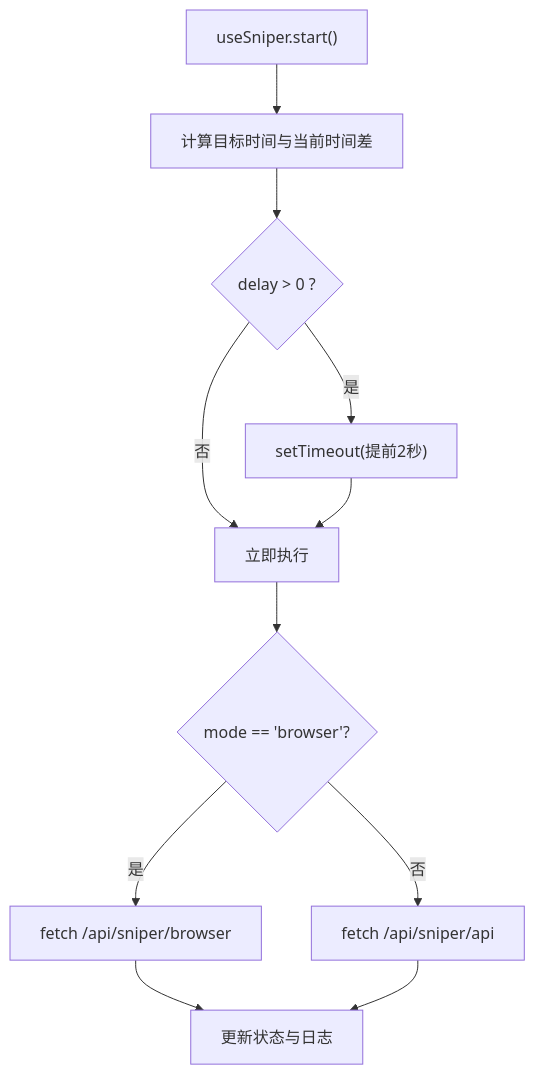
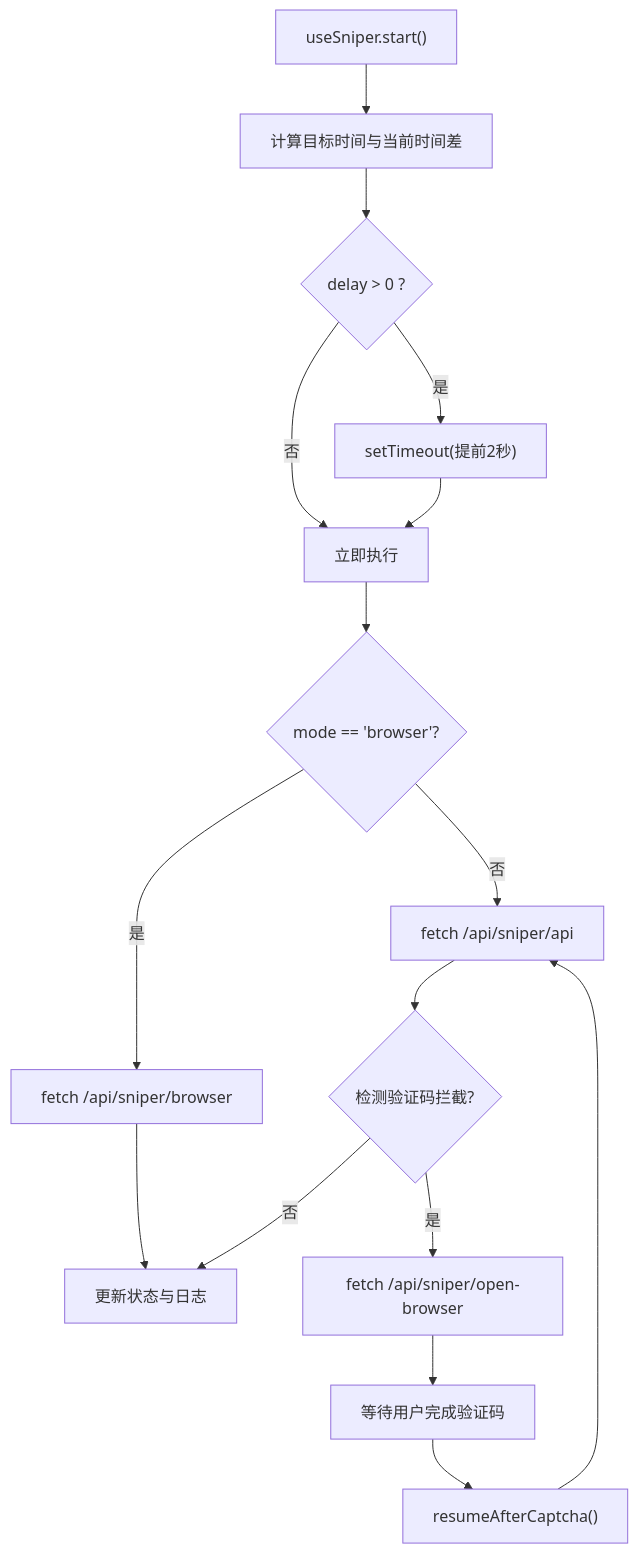
One commit to 16499259-oss/GLM-sniper changed the sixth of 7 diagrams in .qoder/repowiki/zh/content/服务器架构/浏览器自动化服务.md. Above: the diagram before and after it, drawn with Mermaid. The commit also changed other lines of this file and 9 other files, not shown here.

````diff
--- a/.qoder/repowiki/zh/content/服务器架构/浏览器自动化服务.md
+++ b/.qoder/repowiki/zh/content/服务器架构/浏览器自动化服务.md
@@ -220,14 +289,19 @@
 ```mermaid
 flowchart TD
 UStart["useSniper.start()"] --> Calc["计算目标时间与当前时间差"]
 Calc --> Delay{"delay > 0 ?"}
 Delay -- 是 --> Wait["setTimeout(提前2秒)"]
 Delay -- 否 --> RunNow["立即执行"]
 Wait --> RunNow
 RunNow --> Mode{"mode == 'browser'?"}
 Mode -- 是 --> CallBrowser["fetch /api/sniper/browser"]
 Mode -- 否 --> CallAPI["fetch /api/sniper/api"]
 CallBrowser --> Done
-CallAPI --> Done
+CallAPI --> CheckCaptcha{"检测验证码拦截?"}
+CheckCaptcha -- 是 --> OpenBrowser["fetch /api/sniper/open-browser"]
+CheckCaptcha -- 否 --> Done
+OpenBrowser --> WaitUser["等待用户完成验证码"]
+WaitUser --> Resume["resumeAfterCaptcha()"]
+Resume --> CallAPI
 Done["更新状态与日志"]
 ```
````
